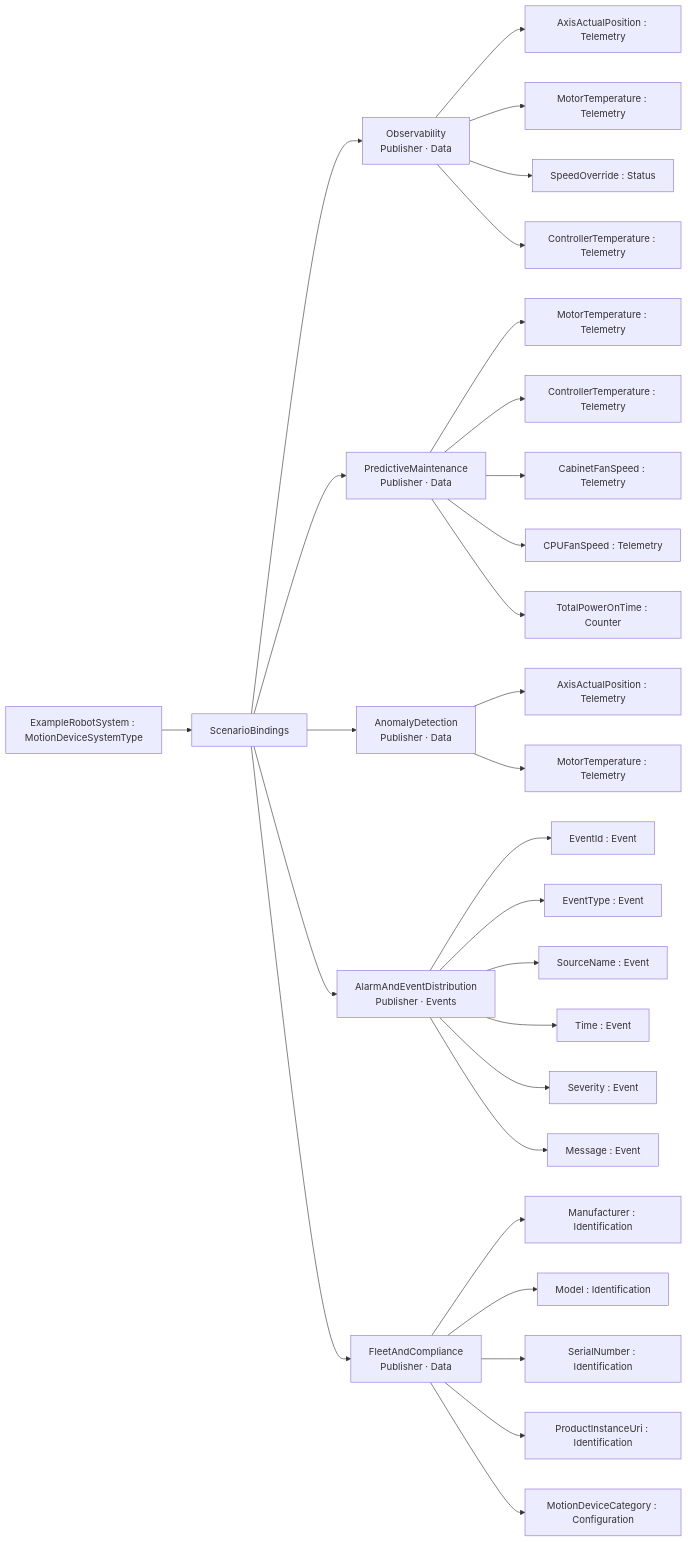
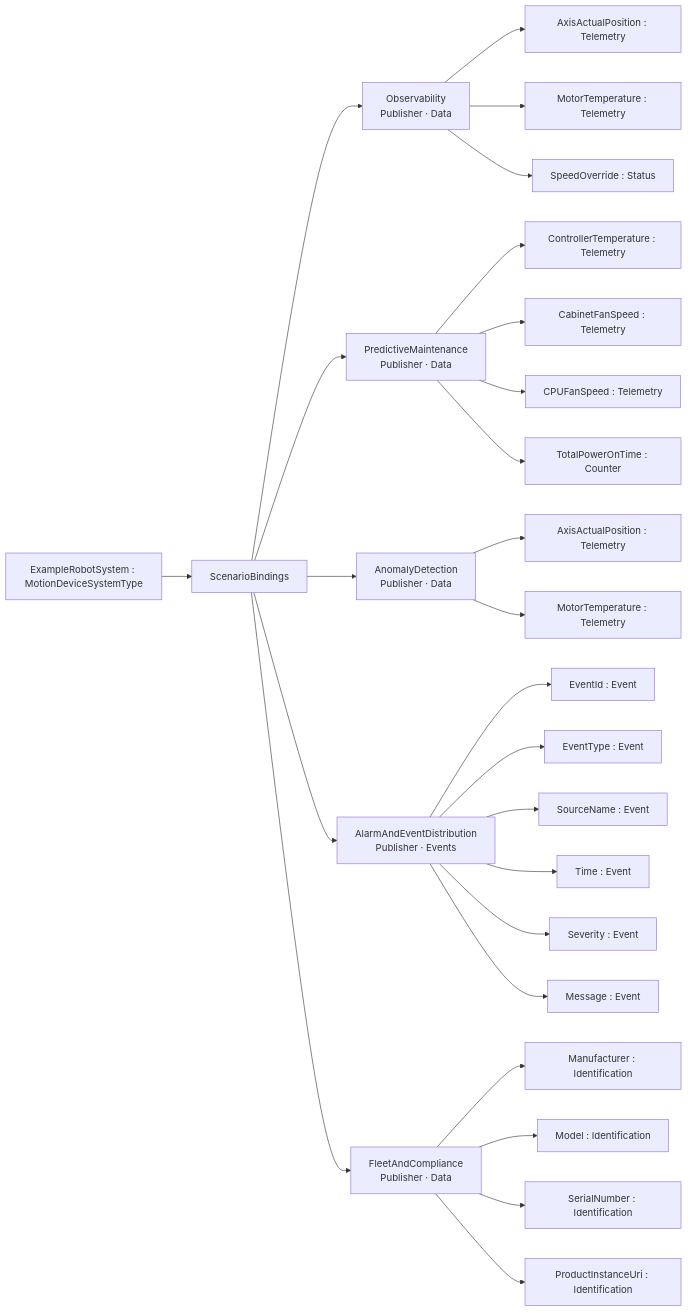
Before and after one commit to marcschier/opcua-drafts: the first of 2 diagrams in core-specs/pubsub-binding/examples/robotics/OPC-UA-Robotics-PubSub-Scenario-Binding-Addendum.md, drawn with Mermaid. The commit also changed other lines of this file and 12 other files, not shown here.

````diff
--- a/core-specs/pubsub-binding/examples/robotics/OPC-UA-Robotics-PubSub-Scenario-Binding-Addendum.md
+++ b/core-specs/pubsub-binding/examples/robotics/OPC-UA-Robotics-PubSub-Scenario-Binding-Addendum.md
@@ -94,31 +91,28 @@
 ```mermaid
 graph LR
   ROOT["ExampleRobotSystem : MotionDeviceSystemType"] --> SB["ScenarioBindings"]
   SB --> S0["Observability<br/>Publisher · Data"]
   S0 --> S0_0["AxisActualPosition : Telemetry"]
   S0 --> S0_1["MotorTemperature : Telemetry"]
   S0 --> S0_2["SpeedOverride : Status"]
-  S0 --> S0_3["ControllerTemperature : Telemetry"]
   SB --> S1["PredictiveMaintenance<br/>Publisher · Data"]
-  S1 --> S1_0["MotorTemperature : Telemetry"]
-  S1 --> S1_1["ControllerTemperature : Telemetry"]
-  S1 --> S1_2["CabinetFanSpeed : Telemetry"]
-  S1 --> S1_3["CPUFanSpeed : Telemetry"]
-  S1 --> S1_4["TotalPowerOnTime : Counter"]
+  S1 --> S1_0["ControllerTemperature : Telemetry"]
+  S1 --> S1_1["CabinetFanSpeed : Telemetry"]
+  S1 --> S1_2["CPUFanSpeed : Telemetry"]
+  S1 --> S1_3["TotalPowerOnTime : Counter"]
   SB --> S2["AnomalyDetection<br/>Publisher · Data"]
   S2 --> S2_0["AxisActualPosition : Telemetry"]
   S2 --> S2_1["MotorTemperature : Telemetry"]
   SB --> S3["AlarmAndEventDistribution<br/>Publisher · Events"]
   S3 --> S3_0["EventId : Event"]
   S3 --> S3_1["EventType : Event"]
   S3 --> S3_2["SourceName : Event"]
   S3 --> S3_3["Time : Event"]
   S3 --> S3_4["Severity : Event"]
   S3 --> S3_5["Message : Event"]
   SB --> S4["FleetAndCompliance<br/>Publisher · Data"]
   S4 --> S4_0["Manufacturer : Identification"]
   S4 --> S4_1["Model : Identification"]
   S4 --> S4_2["SerialNumber : Identification"]
   S4 --> S4_3["ProductInstanceUri : Identification"]
-  S4 --> S4_4["MotionDeviceCategory : Configuration"]
 ```
````
